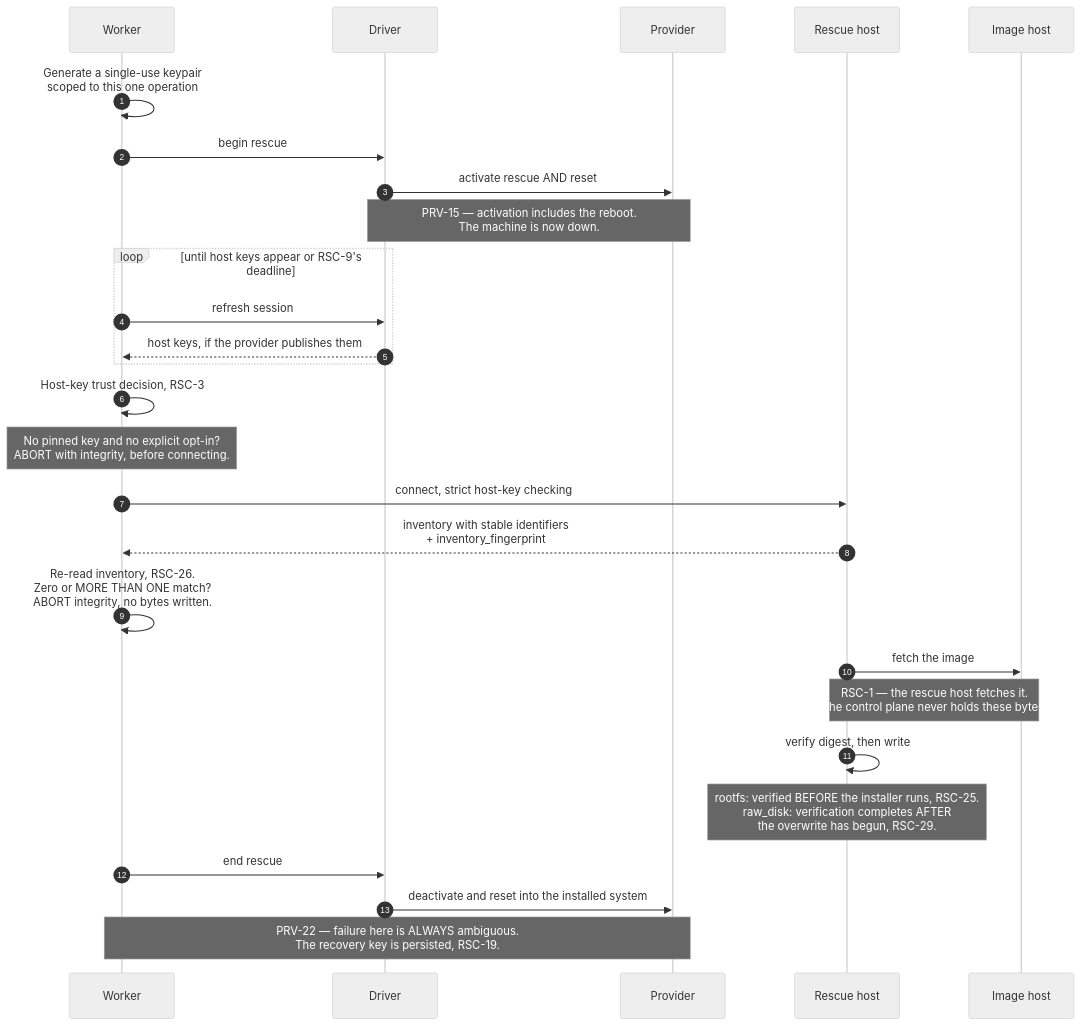
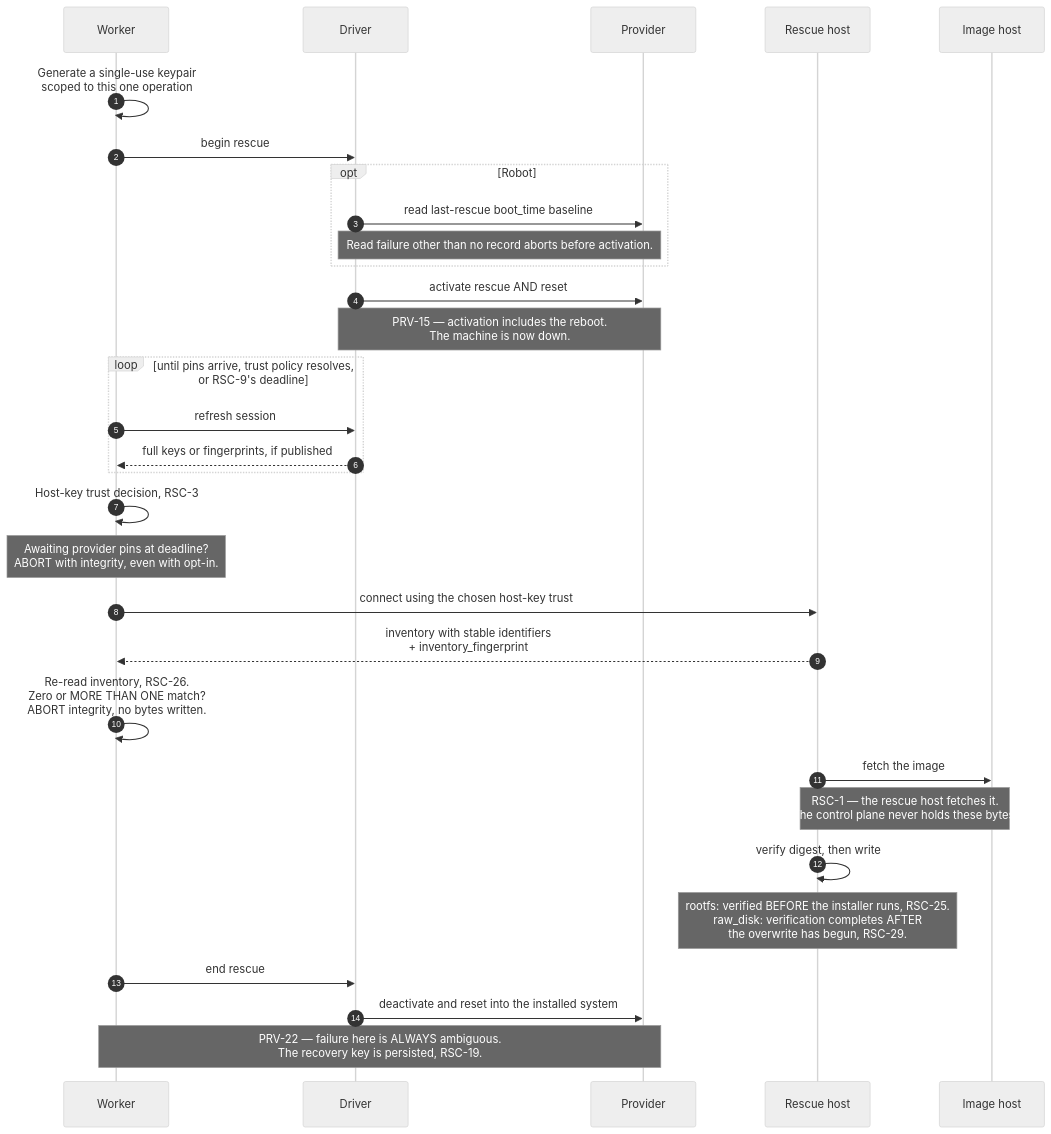
The diagram in 06-rescue-install.md (douglaz/provisiond), drawn with Mermaid (neutral theme) before and after one commit. The commit also changed other lines of this file and 85 other files, not shown here.

````diff
--- a/06-rescue-install.md
+++ b/06-rescue-install.md
@@ -22,30 +25,34 @@
 ```mermaid
 sequenceDiagram
     autonumber
     participant W as Worker
     participant D as Driver
     participant P as Provider
     participant R as Rescue host
     participant I as Image host
 
     W->>W: Generate a single-use keypair<br/>scoped to this one operation
     W->>D: begin rescue
+    opt Robot
+        D->>P: read last-rescue boot_time baseline
+        Note over D,P: Read failure other than no record aborts before activation.
+    end
     D->>P: activate rescue AND reset
     Note over D,P: PRV-15 — activation includes the reboot.<br/>The machine is now down.
-    loop until host keys appear or RSC-9's deadline
+    loop until pins arrive, trust policy resolves, or RSC-9's deadline
         W->>D: refresh session
-        D-->>W: host keys, if the provider publishes them
+        D-->>W: full keys or fingerprints, if published
     end
     W->>W: Host-key trust decision, RSC-3
-    Note over W: No pinned key and no explicit opt-in?<br/>ABORT with integrity, before connecting.
-    W->>R: connect, strict host-key checking
+    Note over W: Awaiting provider pins at deadline?<br/>ABORT with integrity, even with opt-in.
+    W->>R: connect using the chosen host-key trust
     R-->>W: inventory with stable identifiers<br/>+ inventory_fingerprint
     W->>W: Re-read inventory, RSC-26.<br/>Zero or MORE THAN ONE match?<br/>ABORT integrity, no bytes written.
     R->>I: fetch the image
     Note over R,I: RSC-1 — the rescue host fetches it.<br/>The control plane never holds these bytes.
     R->>R: verify digest, then write
     Note over R: rootfs: verified BEFORE the installer runs, RSC-25.<br/>raw_disk: verification completes AFTER<br/>the overwrite has begun, RSC-29.
     W->>D: end rescue
     D->>P: deactivate and reset into the installed system
     Note over W,P: PRV-22 — failure here is ALWAYS ambiguous.<br/>The recovery key is persisted, RSC-19.
 ```
````
